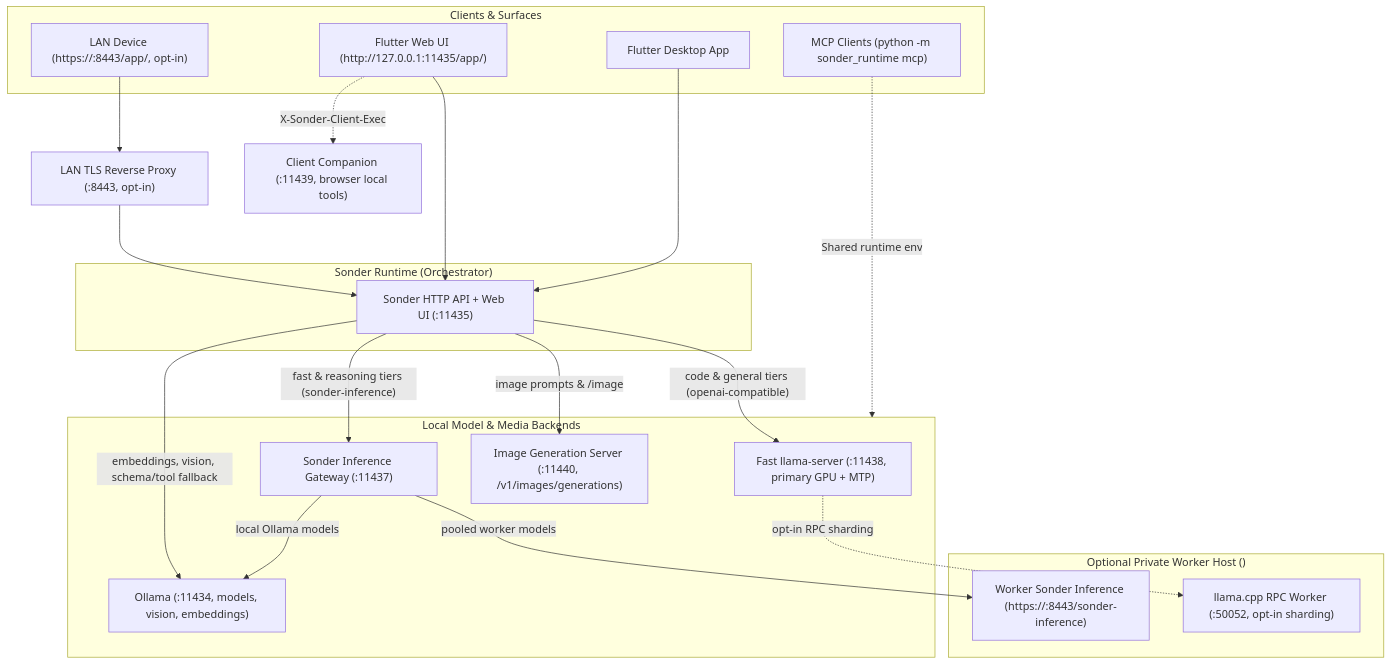
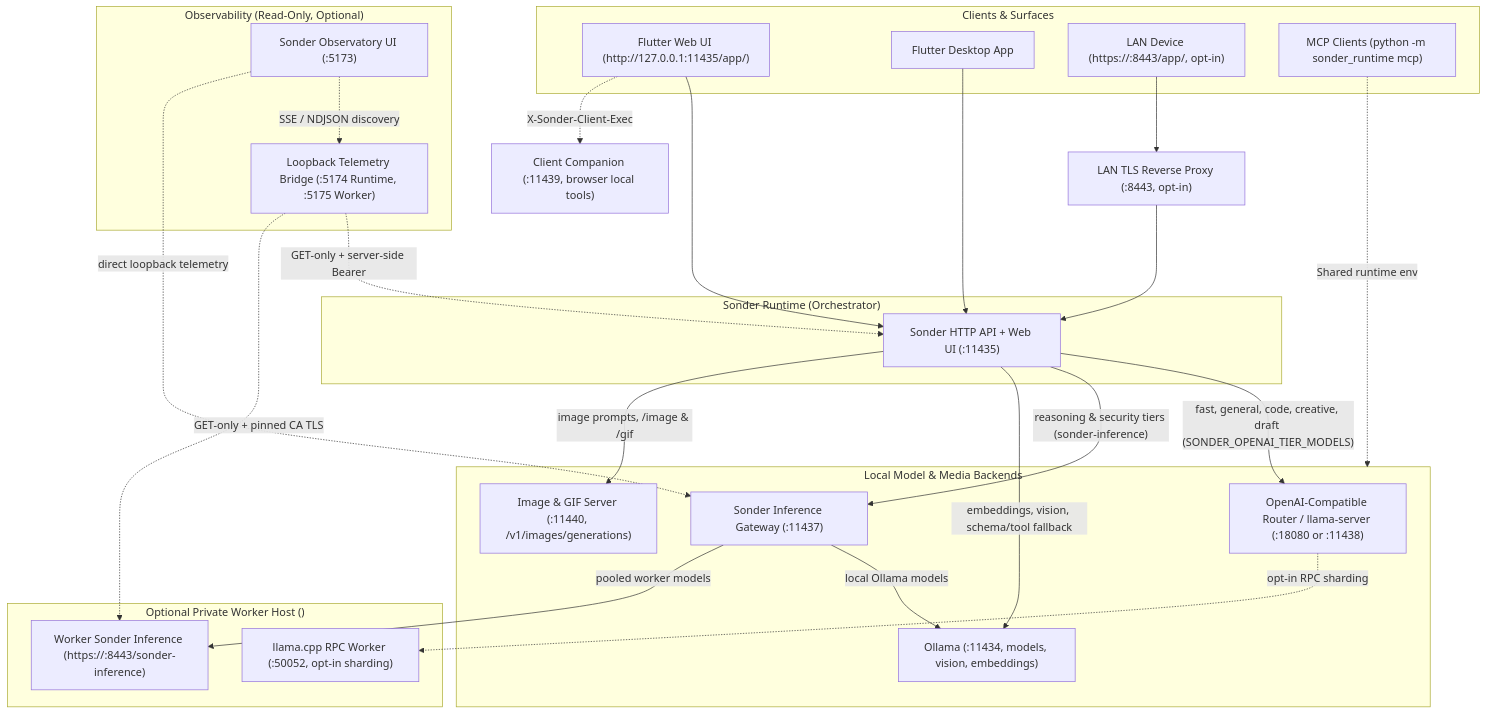
One commit to Krilliac/Sonder-runtime changed the first of 2 diagrams in docs/runbooks/local-server-stack.md. Above: the diagram before and after it, drawn with Mermaid. The commit also changed other lines of this file and 23 other files, not shown here.

First line of the commit message:
feat(runtime): 8-tier ecosystem status, /gif studio, specialist personas, and persona auto/manual routing

````diff
--- a/docs/runbooks/local-server-stack.md
+++ b/docs/runbooks/local-server-stack.md
@@ -18,43 +18,53 @@
 ```mermaid
 flowchart TB
     subgraph Clients["Clients & Surfaces"]
         Web["Flutter Web UI (http://127.0.0.1:11435/app/)"]
         Desktop["Flutter Desktop App"]
         LAN["LAN Device (https://<lan-ip>:8443/app/, opt-in)"]
         MCP["MCP Clients (python -m sonder_runtime mcp)"]
     end
 
     Proxy["LAN TLS Reverse Proxy (:8443, opt-in)"]
     Companion["Client Companion (:11439, browser local tools)"]
 
     subgraph Core["Sonder Runtime (Orchestrator)"]
         API["Sonder HTTP API + Web UI (:11435)"]
     end
 
     subgraph LocalBackends["Local Model & Media Backends"]
-        LlamaFast["Fast llama-server (:11438, primary GPU + MTP)"]
+        OpenAIRouter["OpenAI-Compatible Router / llama-server (:18080 or :11438)"]
         SonderInfer["Sonder Inference Gateway (:11437)"]
         Ollama["Ollama (:11434, models, vision, embeddings)"]
-        SDServer["Image Generation Server (:11440, /v1/images/generations)"]
+        SDServer["Image & GIF Server (:11440, /v1/images/generations)"]
+    end
+
+    subgraph Observability["Observability (Read-Only, Optional)"]
+        ObsUI["Sonder Observatory UI (:5173)"]
+        ObsBridge["Loopback Telemetry Bridge (:5174 Runtime, :5175 Worker)"]
     end
 
     subgraph Worker["Optional Private Worker Host (<worker-ip>)"]
         WInfer["Worker Sonder Inference (https://<worker-ip>:8443/sonder-inference)"]
         WRPC["llama.cpp RPC Worker (:50052, opt-in sharding)"]
     end
 
     LAN --> Proxy --> API
     Web --> API
     Desktop --> API
     Web -. "X-Sonder-Client-Exec" .-> Companion
     MCP -. "Shared runtime env" .-> LocalBackends
 
-    API -- "code & general tiers (openai-compatible)" --> LlamaFast
-    API -- "fast & reasoning tiers (sonder-inference)" --> SonderInfer
+    API -- "fast, general, code, creative, draft (SONDER_OPENAI_TIER_MODELS)" --> OpenAIRouter
+    API -- "reasoning & security tiers (sonder-inference)" --> SonderInfer
     API -- "embeddings, vision, schema/tool fallback" --> Ollama
-    API -- "image prompts & /image" --> SDServer
+    API -- "image prompts, /image & /gif" --> SDServer
 
     SonderInfer -- "local Ollama models" --> Ollama
     SonderInfer -- "pooled worker models" --> WInfer
-    LlamaFast -. "opt-in RPC sharding" .-> WRPC
+    OpenAIRouter -. "opt-in RPC sharding" .-> WRPC
+
+    ObsUI -. "SSE / NDJSON discovery" .-> ObsBridge
+    ObsUI -. "direct loopback telemetry" .-> SonderInfer
+    ObsBridge -. "GET-only + server-side Bearer" .-> API
+    ObsBridge -. "GET-only + pinned CA TLS" .-> WInfer
 ```
````
